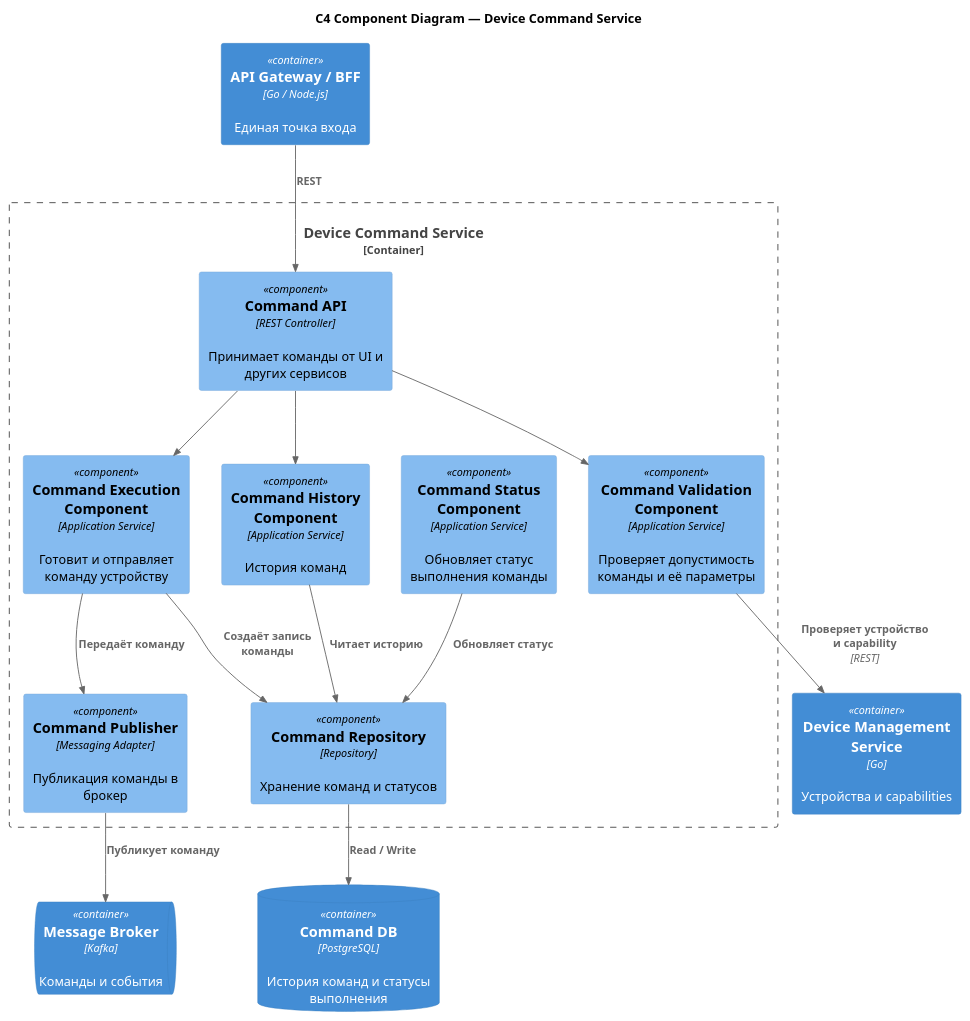
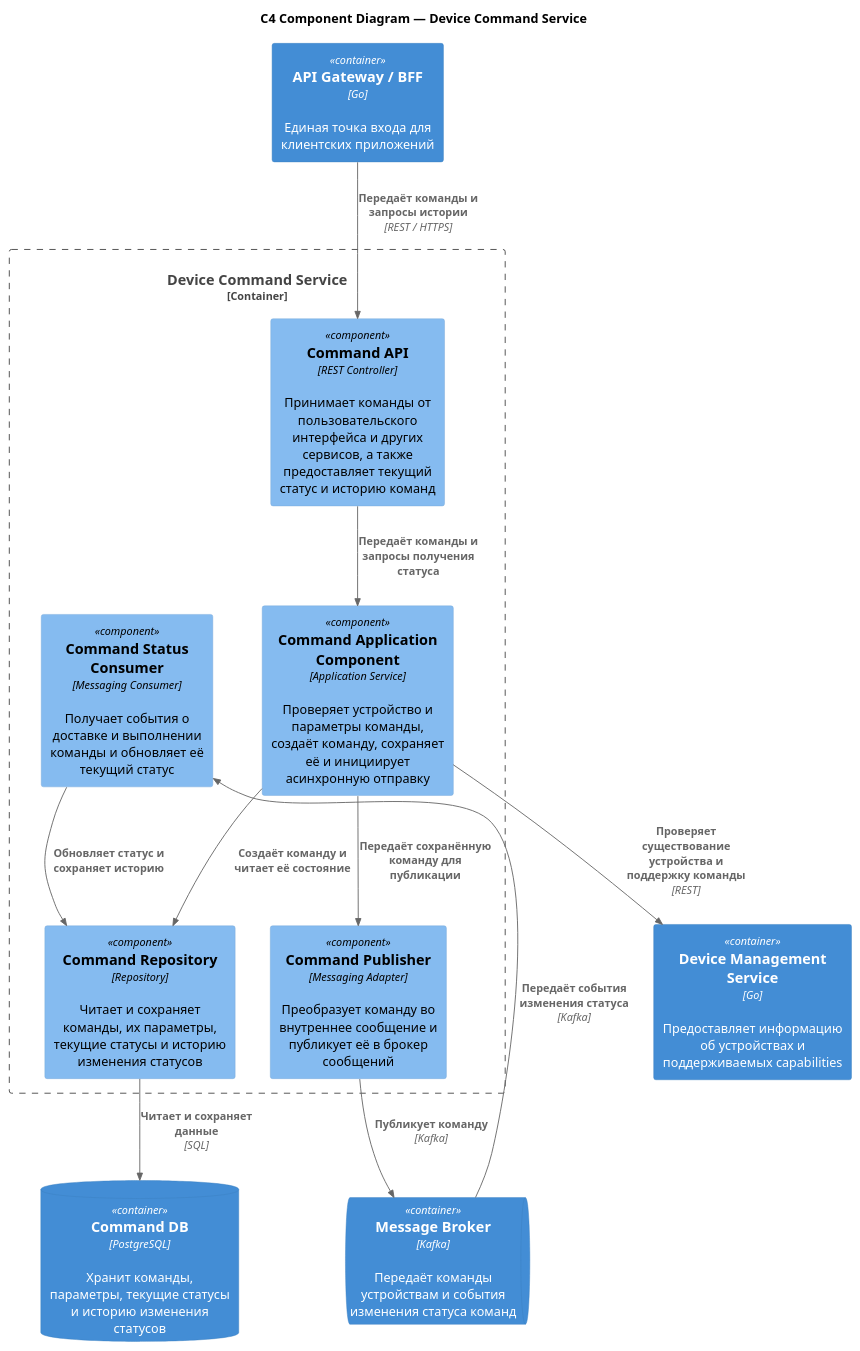
The diagram in diagrams/05-component-device-command-service.puml (KristinaKurian/architecture-warmhouse), drawn with PlantUML before and after one commit. The commit also changed 12 other files, not shown here.

```diff
--- a/diagrams/05-component-device-command-service.puml
+++ b/diagrams/05-component-device-command-service.puml
@@ -1,35 +1,44 @@
 @startuml
 !include <C4/C4_Component>
 
 title C4 Component Diagram — Device Command Service
 
 Container_Boundary(commandService, "Device Command Service") {
-    Component(commandApi, "Command API", "REST Controller", "Принимает команды от UI и других сервисов")
-    Component(commandValidation, "Command Validation Component", "Application Service", "Проверяет допустимость команды и её параметры")
-    Component(commandExecution, "Command Execution Component", "Application Service", "Готовит и отправляет команду устройству")
-    Component(commandStatus, "Command Status Component", "Application Service", "Обновляет статус выполнения команды")
-    Component(commandHistory, "Command History Component", "Application Service", "История команд")
-    Component(commandPublisher, "Command Publisher", "Messaging Adapter", "Публикация команды в брокер")
-    Component(commandRepository, "Command Repository", "Repository", "Хранение команд и статусов")
+    Component(commandApi, "Command API", "REST Controller", "Принимает команды от пользовательского интерфейса и других сервисов, а также предоставляет текущий статус и историю команд")
+
+    Component(commandApplication, "Command Application Component", "Application Service", "Проверяет устройство и параметры команды, создаёт команду, сохраняет её и инициирует асинхронную отправку")
+
+    Component(commandPublisher, "Command Publisher", "Messaging Adapter", "Преобразует команду во внутреннее сообщение и публикует её в брокер сообщений")
+
+    Component(commandStatusConsumer, "Command Status Consumer", "Messaging Consumer", "Получает события о доставке и выполнении команды и обновляет её текущий статус")
+
+    Component(commandRepository, "Command Repository", "Repository", "Читает и сохраняет команды, их параметры, текущие статусы и историю изменения статусов")
 }
 
-Container(apiGateway, "API Gateway / BFF", "Go / Node.js", "Единая точка входа")
-Container(deviceService, "Device Management Service", "Go", "Устройства и capabilities")
-ContainerQueue(messageBroker, "Message Broker", "Kafka", "Команды и события")
-ContainerDb(commandDb, "Command DB", "PostgreSQL", "История команд и статусы выполнения")
+Container(apiGateway, "API Gateway / BFF", "Go", "Единая точка входа для клиентских приложений")
 
-Rel(apiGateway, commandApi, "REST")
-Rel(commandApi, commandValidation, "")
-Rel(commandApi, commandExecution, "")
-Rel(commandApi, commandHistory, "")
+Container(deviceService, "Device Management Service", "Go", "Предоставляет информацию об устройствах и поддерживаемых capabilities")
 
-Rel(commandValidation, deviceService, "Проверяет устройство и capability", "REST")
-Rel(commandExecution, commandPublisher, "Передаёт команду")
-Rel(commandExecution, commandRepository, "Создаёт запись команды")
-Rel(commandStatus, commandRepository, "Обновляет статус")
-Rel(commandHistory, commandRepository, "Читает историю")
+ContainerQueue(messageBroker, "Message Broker", "Kafka", "Передаёт команды устройствам и события изменения статуса команд")
 
-Rel(commandPublisher, messageBroker, "Публикует команду")
-Rel(commandRepository, commandDb, "Read / Write")
+ContainerDb(commandDb, "Command DB", "PostgreSQL", "Хранит команды, параметры, текущие статусы и историю изменения статусов")
+
+Rel(apiGateway, commandApi, "Передаёт команды и запросы истории", "REST / HTTPS")
+
+Rel(commandApi, commandApplication, "Передаёт команды и запросы получения статуса")
+
+Rel(commandApplication, deviceService, "Проверяет существование устройства и поддержку команды", "REST")
+
+Rel(commandApplication, commandRepository, "Создаёт команду и читает её состояние")
+
+Rel(commandApplication, commandPublisher, "Передаёт сохранённую команду для публикации")
+
+Rel(commandPublisher, messageBroker, "Публикует команду", "Kafka")
+
+Rel(messageBroker, commandStatusConsumer, "Передаёт события изменения статуса", "Kafka")
+
+Rel(commandStatusConsumer, commandRepository, "Обновляет статус и сохраняет историю")
+
+Rel(commandRepository, commandDb, "Читает и сохраняет данные", "SQL")
 
 @enduml
```
